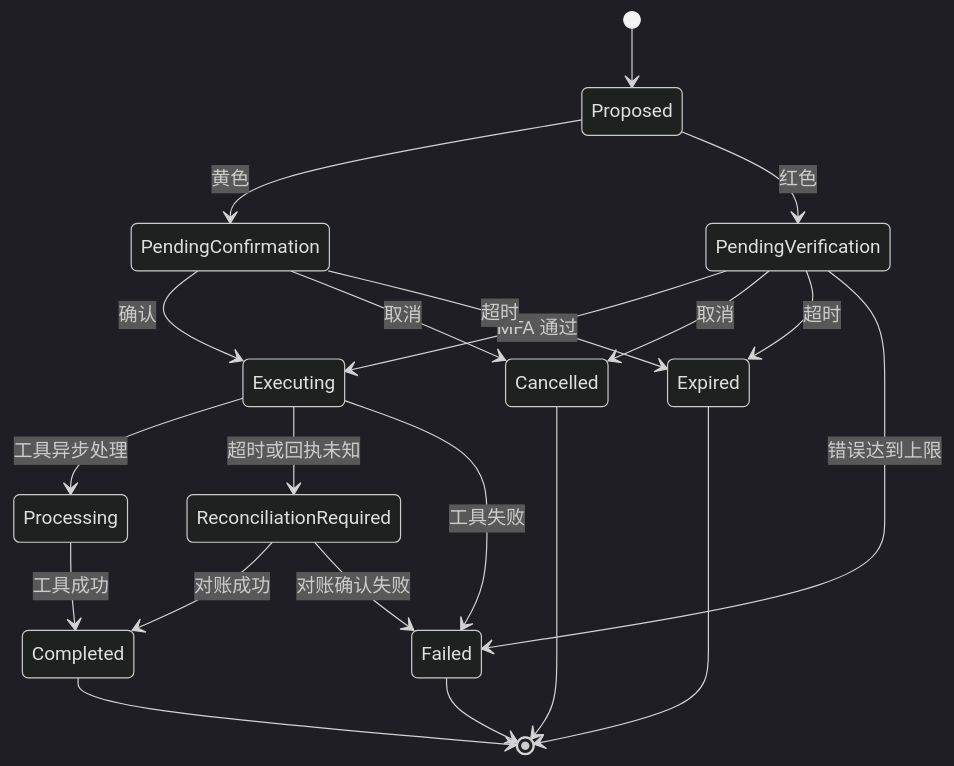
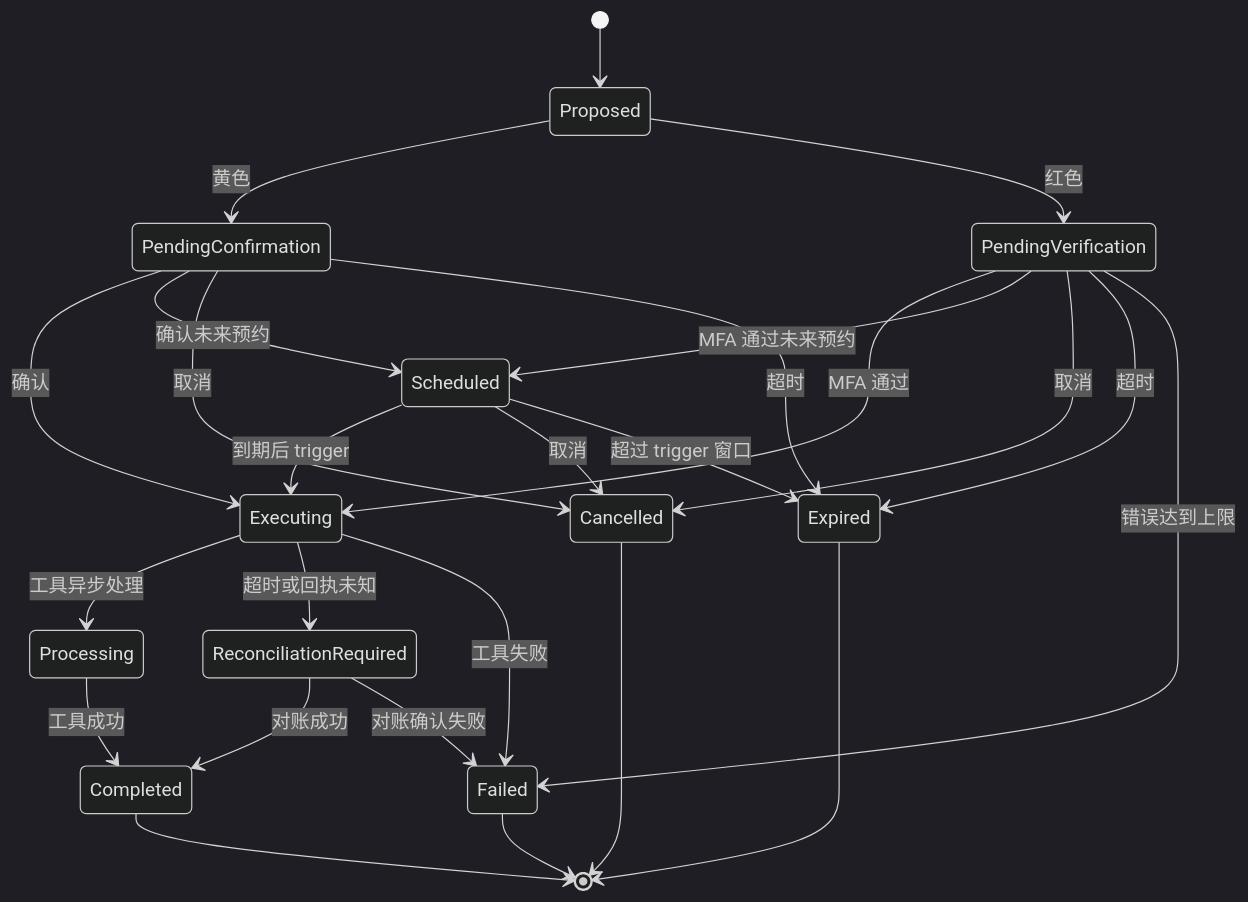
The third of 3 diagrams in docs/技术方案.md (cffa-as/bankagent), drawn with Mermaid (dark theme) before and after one commit. The commit also changed other lines of this file and 8 other files, not shown here.

````diff
--- a/docs/技术方案.md
+++ b/docs/技术方案.md
@@ -174,23 +174,28 @@
 ```mermaid
 stateDiagram-v2
     [*] --> Proposed
     Proposed --> PendingConfirmation: 黄色
     Proposed --> PendingVerification: 红色
     PendingConfirmation --> Executing: 确认
     PendingVerification --> Executing: MFA 通过
+    PendingConfirmation --> Scheduled: 确认未来预约
+    PendingVerification --> Scheduled: MFA 通过未来预约
+    Scheduled --> Executing: 到期后 trigger
     PendingConfirmation --> Cancelled: 取消
     PendingVerification --> Cancelled: 取消
+    Scheduled --> Cancelled: 取消
     PendingConfirmation --> Expired: 超时
     PendingVerification --> Expired: 超时
+    Scheduled --> Expired: 超过 trigger 窗口
     PendingVerification --> Failed: 错误达到上限
     Executing --> Processing: 工具异步处理
     Executing --> ReconciliationRequired: 超时或回执未知
     Processing --> Completed: 工具成功
     ReconciliationRequired --> Completed: 对账成功
     ReconciliationRequired --> Failed: 对账确认失败
     Executing --> Failed: 工具失败
     Completed --> [*]
     Cancelled --> [*]
     Expired --> [*]
     Failed --> [*]
 ```
````
